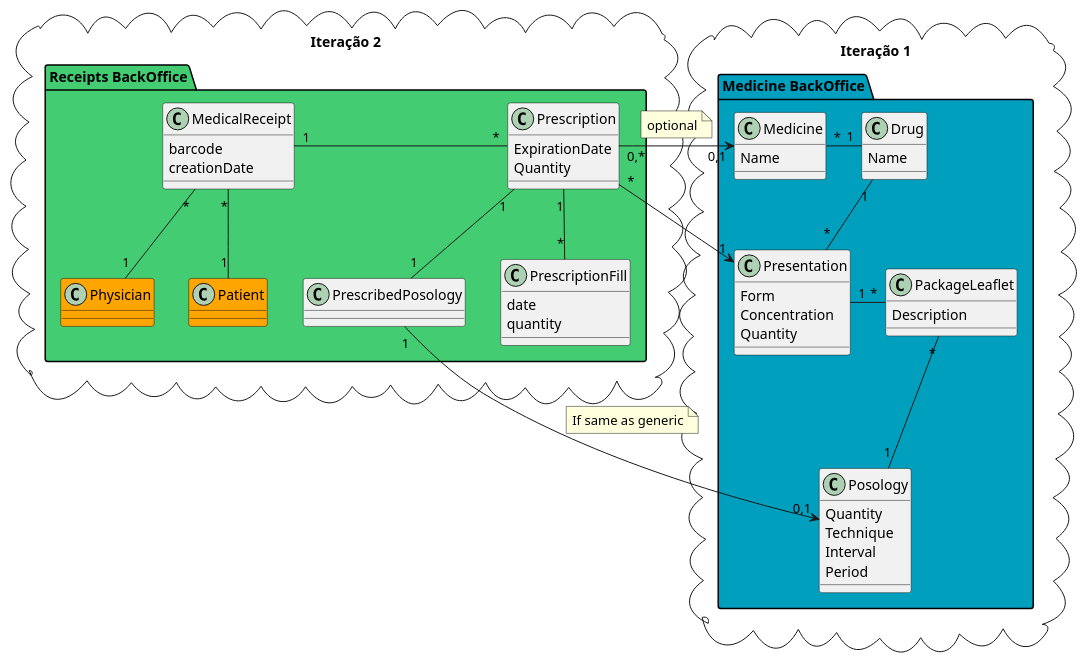
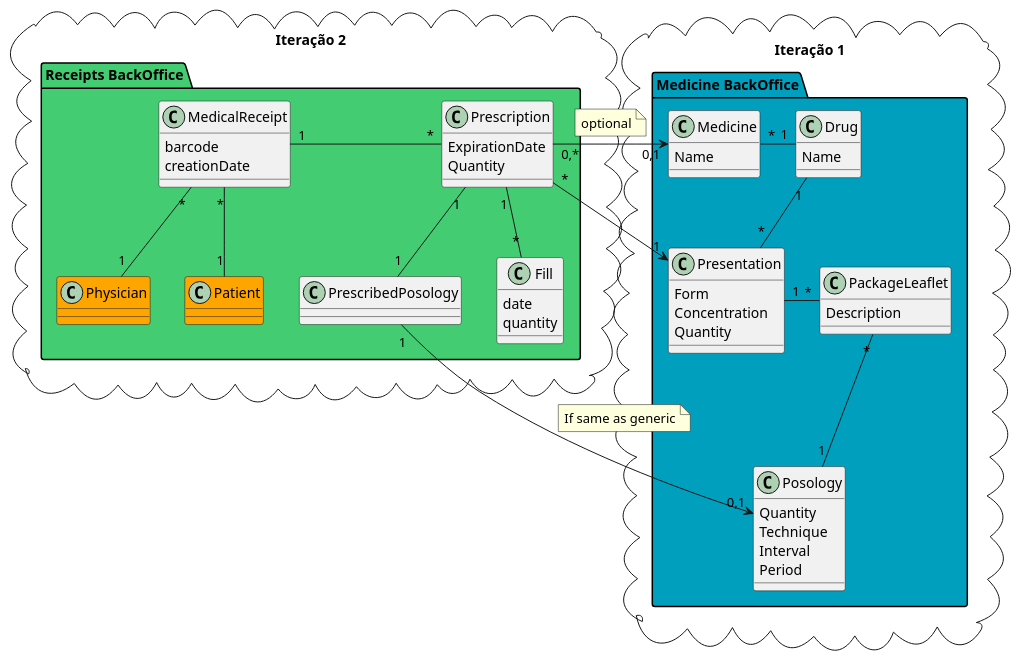
Before and after one commit to danieljfgoncalves/arqsi2017-3da-1151159-1151452: the diagram in documentation/it2_domain_model.puml, drawn with PlantUML.

```diff
--- a/documentation/it2_domain_model.puml
+++ b/documentation/it2_domain_model.puml
@@ -1,71 +1,71 @@
 @startuml "dm_it2_global"
 
 ' ### [ITERAÇÃO 1] ###
 package "Iteração 1" <<cloud>> {
     package "Medicine BackOffice" #009FBD {
 
         class Medicine {
             Name
         }
         class Drug {
             Name
         }
         class Presentation {
             Form
             Concentration
             Quantity
         }
         class Posology {
             Quantity
             Technique
             Interval
             Period
         }
         class PackageLeaflet {
             Description
         }
     }
 }
 
 ' ### [ITERAÇÃO 2] ###
 package "Iteração 2" <<cloud>> {
     package "Receipts BackOffice" #43CC72 {
 
         class Physician #orange
         class Patient #orange
         class Prescription {
             ExpirationDate
             Quantity
         }
         class MedicalReceipt {
             barcode
             creationDate
         }
         class PrescribedPosology
-        class PrescriptionFill {
+        class Fill {
             date
             quantity
         }
     }
 }
 
 ' ### [NOTES] ###
 
 ' ### [RELATIONS] ###
 MedicalReceipt "*" -- "1" Physician
 MedicalReceipt "*" -- "1" Patient
 MedicalReceipt "1" - "*" Prescription
 Prescription "*" --> "1" Presentation
 Medicine "*" - "1" Drug
 Drug "1" -- "*" Presentation
 Prescription "0,*" -> "0,1" Medicine
 note on link: optional
 
-Prescription "1" -- "*" PrescriptionFill
+Prescription "1" -- "*" Fill
 Prescription "1" -- "1" PrescribedPosology
 Presentation "1" - "*" PackageLeaflet
 PackageLeaflet "*" -- "1" Posology
 PrescribedPosology "1" --> "0,1" Posology
 note on link : If same as generic
 
 @enduml
```
